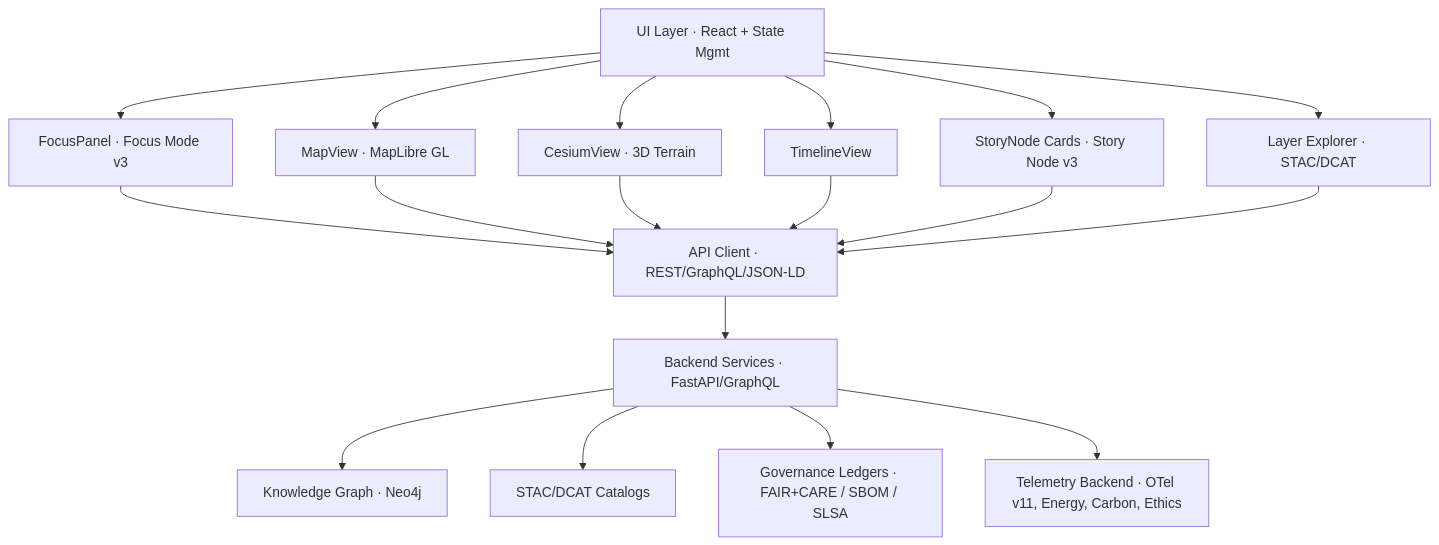
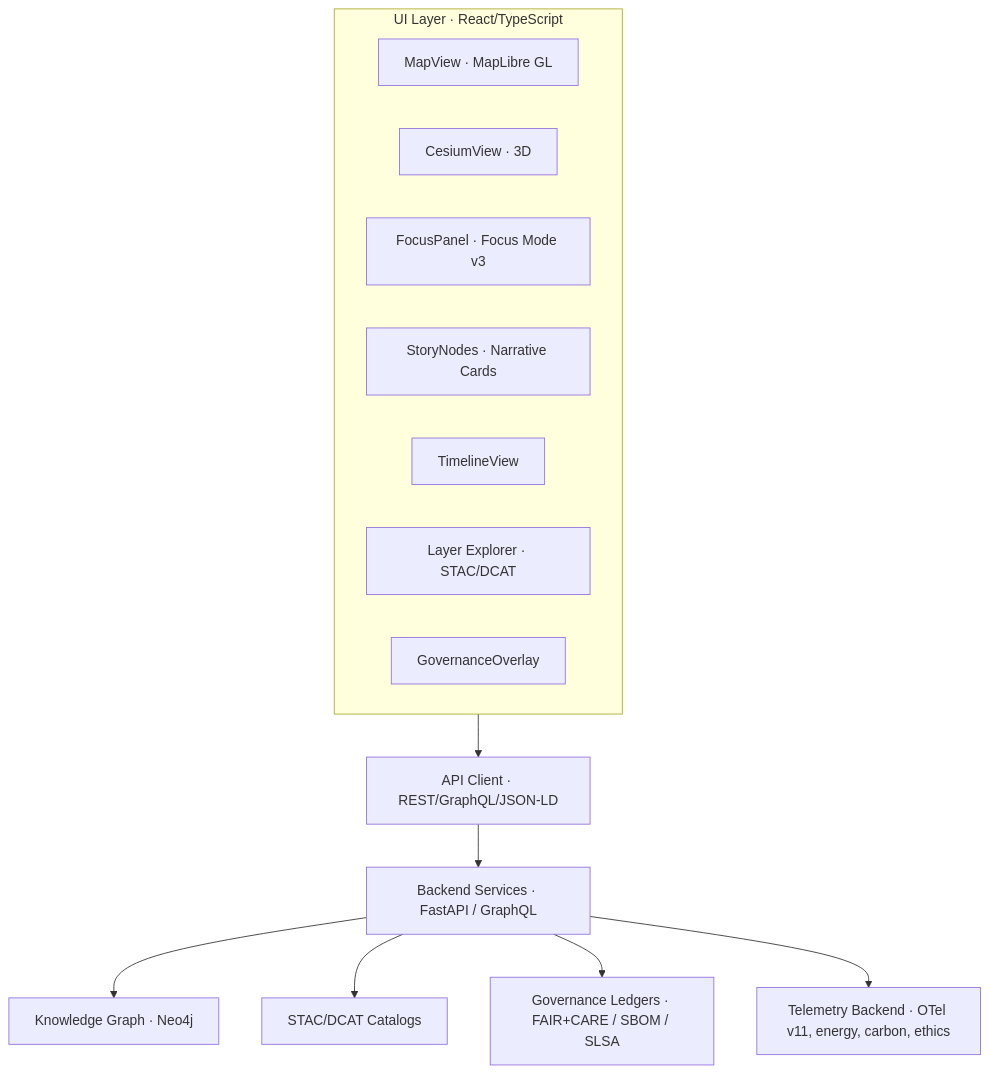
Before and after one commit to bartytime4life/Kansas-Frontier-Matrix: the diagram in web/README.md, drawn with Mermaid. The commit also changed other lines of this file, not shown here.

````diff
--- a/web/README.md
+++ b/web/README.md
@@ -185,22 +198,19 @@
 ```mermaid
 flowchart TD
-    UI["UI Layer · React + State Mgmt"] --> MV["MapView · MapLibre GL"]
-    UI --> CV["CesiumView · 3D Terrain"]
-    UI --> FP["FocusPanel · Focus Mode v3"]
-    UI --> SN["StoryNode Cards · Story Node v3"]
-    UI --> TL["TimelineView"]
-    UI --> LX["Layer Explorer · STAC/DCAT"]
+    subgraph UI["UI Layer · React/TypeScript"]
+      MV["MapView · MapLibre GL"]
+      CV["CesiumView · 3D"]
+      FP["FocusPanel · Focus Mode v3"]
+      SN["StoryNodes · Narrative Cards"]
+      TL["TimelineView"]
+      LX["Layer Explorer · STAC/DCAT"]
+      GOV["GovernanceOverlay"]
+    end
 
-    FP --> API["API Client · REST/GraphQL/JSON-LD"]
-    MV --> API
-    CV --> API
-    TL --> API
-    SN --> API
-    LX --> API
-
-    API --> BE["Backend Services · FastAPI/GraphQL"]
+    UI --> API["API Client · REST/GraphQL/JSON-LD"]
+    API --> BE["Backend Services · FastAPI / GraphQL"]
     BE --> KG["Knowledge Graph · Neo4j"]
     BE --> STAC["STAC/DCAT Catalogs"]
-    BE --> GOV["Governance Ledgers · FAIR+CARE / SBOM / SLSA"]
-    BE --> TEL["Telemetry Backend · OTel v11, Energy, Carbon, Ethics"]
+    BE --> GOVDB["Governance Ledgers · FAIR+CARE / SBOM / SLSA"]
+    BE --> TEL["Telemetry Backend · OTel v11, energy, carbon, ethics"]
 ```
````
